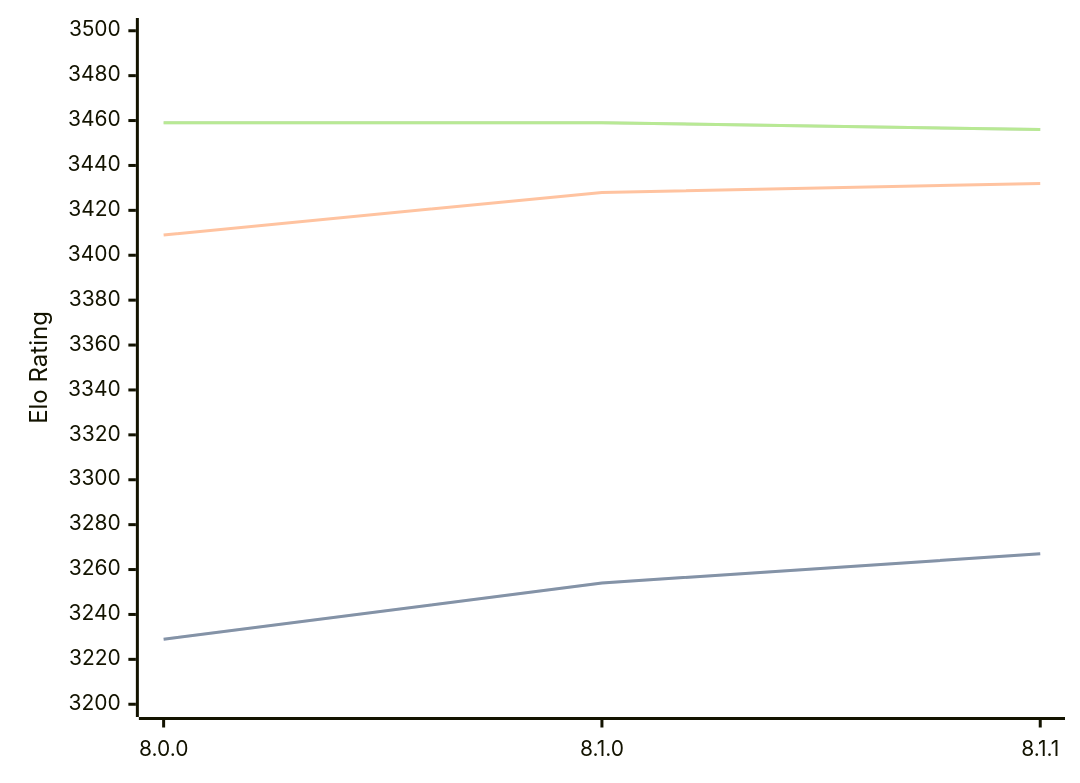
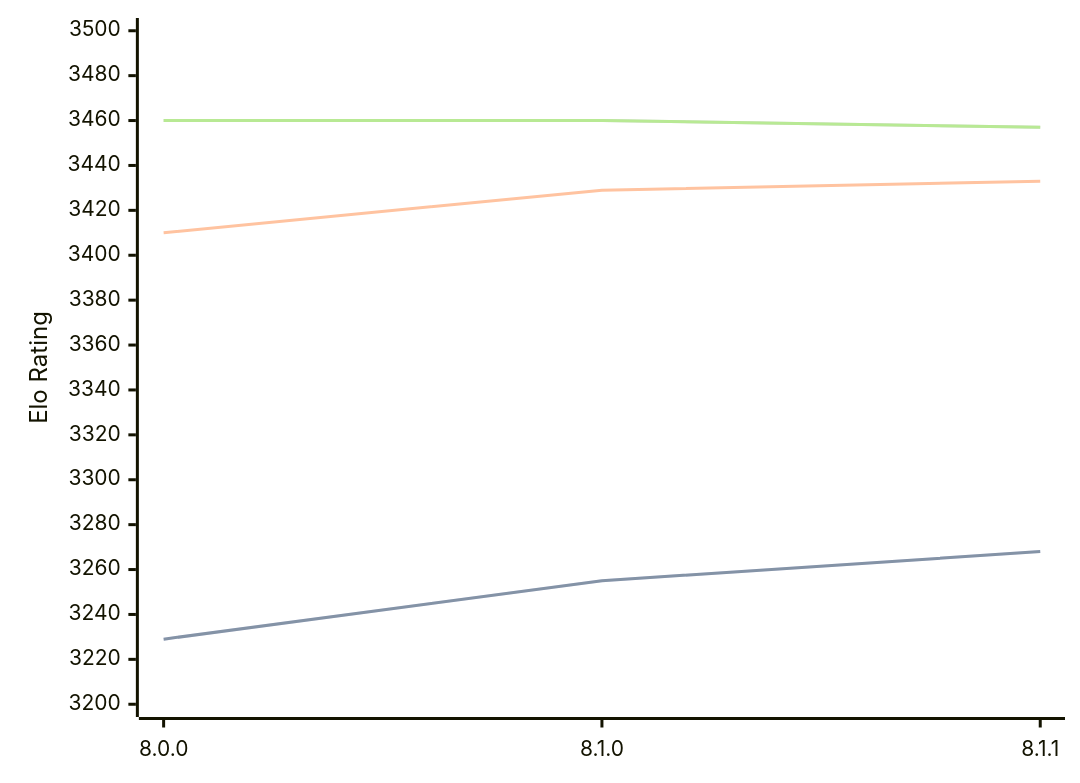
One commit to computer-chess-index/cci changed the first of 3 diagrams in engines/Velvet.md. Above: the diagram before and after it, drawn with Mermaid. The commit also changed other lines of this file, not shown here.

Commit message:
Update CCI Ratings (ELO VLTC) - 2026-07-02

````diff
--- a/engines/Velvet.md
+++ b/engines/Velvet.md
@@ -57,11 +57,11 @@
 ```mermaid
 %%{init: {"theme":"base","themeVariables":{"seriesColors:['#a3a3a3','#222221','#faa371']}}}%%
 xychart-beta
   x-axis ["8.0.0", "8.1.0", "8.1.1"]
   y-axis "Elo Rating" 3200 --> 3500
-  line "STC (8.0+0.08s)" [3229, 3254, 3267]
-  line "STC (8.0+0.08s)" [3229, 3254, 3267]
-  line "LTC (60.0+0.60s)" [3409, 3428, 3432]
-  line "VLTC (2m24s+1.12s)" [3459, 3459, 3456]
-  line "VLTC (2m24s+1.12s)" [3459, 3459, 3456]
+  line "STC (8.0+0.08s)" [3229, 3255, 3268]
+  line "STC (8.0+0.08s)" [3229, 3255, 3268]
+  line "LTC (60.0+0.60s)" [3410, 3429, 3433]
+  line "VLTC (2m24s+1.12s)" [3460, 3460, 3457]
+  line "VLTC (2m24s+1.12s)" [3460, 3460, 3457]
 ```
````
